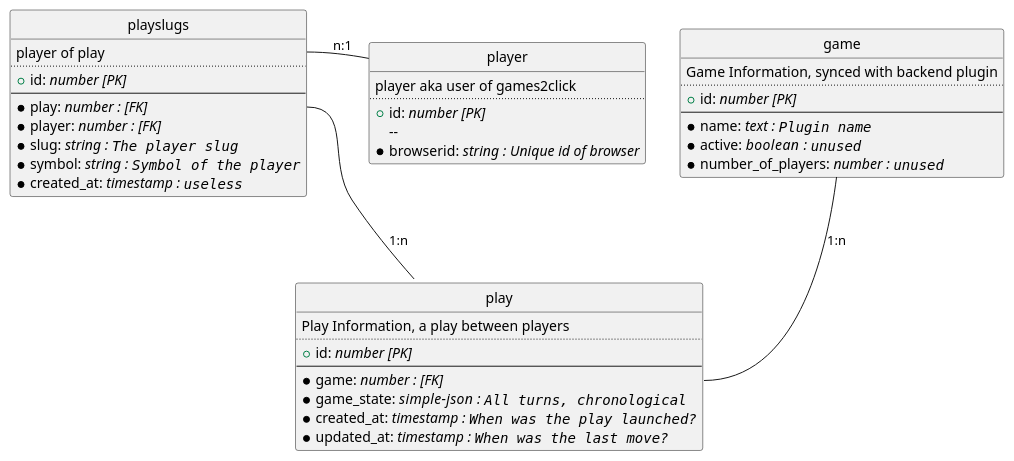
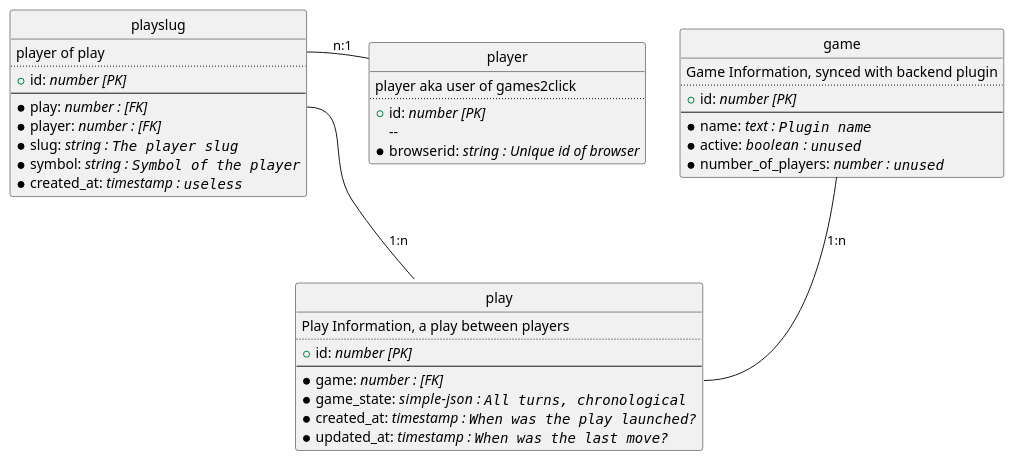
The diagram in docs/specifications/ermodel/ermodel.puml (games2click/games2click.github.io), drawn with PlantUML before and after one commit.

Commit message:
Rename player to playslug

```diff
--- a/docs/specifications/ermodel/ermodel.puml
+++ b/docs/specifications/ermodel/ermodel.puml
@@ -1,50 +1,50 @@
 @startuml
 hide circle
 'skinparam linetype ortho
 
 entity game{
   Game Information, synced with backend plugin
   ..
   + id: //number [PK]//
   --
   * name: //text : ""Plugin name""//
   * active: //boolean  : ""unused""//
   * number_of_players: //number : ""unused""//
 }
 
 entity play{
   Play Information, a play between players
   ..
   + id: //number [PK]//
   --
   *game: //number : [FK]//
   *game_state: //simple-json  : ""All turns, chronological""//
   *created_at: //timestamp : ""When was the play launched?""//
   *updated_at: //timestamp : ""When was the last move?""//
 }
 
-entity playslugs{
+entity playslug{
   player of play
   ..
   + id: //number [PK]//
   --
   *play: //number : [FK]//
   *player: //number : [FK]//
   *slug: //string : ""The player slug""//
   *symbol: //string : ""Symbol of the player""//
   *created_at: //timestamp : ""useless""//
 }
 
 entity player{
   player aka user of games2click
   ..
     + id: //number [PK]//
     --
     *browserid: //string : Unique id of browser//
 }
 
 play::game -u-  game : 1:n
-playslugs::play --  play : 1:n
-playslugs::player -r-  player : n:1
+playslug::play --  play : 1:n
+playslug::player -r-  player : n:1
 
 @enduml
```
